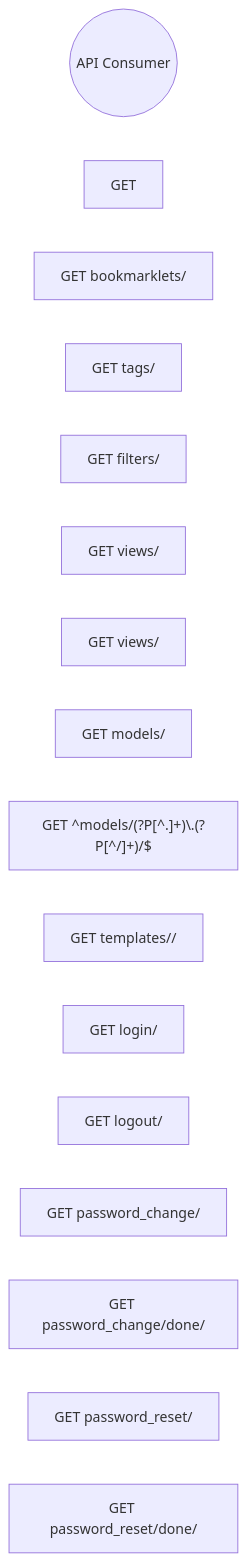
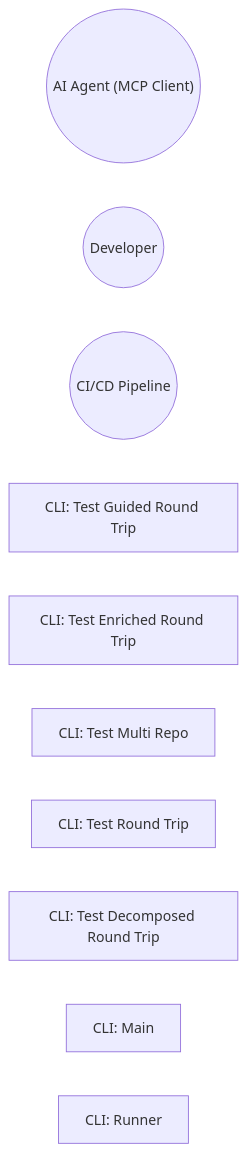
One commit to opn-arch/architecture-model-standard changed the diagram in .architecture-models/docs/se/use-cases.md. Above: the diagram before and after it, drawn with Mermaid. The commit also changed other lines of this file and 228 other files, not shown here.

First line of the commit message:
docs: regenerate all SE docs with v2.1 enriched models, remove orphaned src-* dirs

````diff
--- a/.architecture-models/docs/se/use-cases.md
+++ b/.architecture-models/docs/se/use-cases.md
@@ -147,19 +94,13 @@
 ```mermaid
 graph LR
-    ACT-1(("API Consumer"))
-    BEH-1["GET "]
-    BEH-2["GET bookmarklets/"]
-    BEH-3["GET tags/"]
-    BEH-4["GET filters/"]
-    BEH-5["GET views/"]
-    BEH-6["GET views/<view>/"]
-    BEH-7["GET models/"]
-    BEH-8["GET ^models/(?P<app_label>[^.]+)\.(?P<model_name>[^/]+)/$"]
-    BEH-9["GET templates/<path:template>/"]
-    BEH-10["GET login/"]
-    BEH-11["GET logout/"]
-    BEH-12["GET password_change/"]
-    BEH-13["GET password_change/done/"]
-    BEH-14["GET password_reset/"]
-    BEH-15["GET password_reset/done/"]
+    ACT-1(("AI Agent (MCP Client)"))
+    ACT-2(("Developer"))
+    ACT-3(("CI/CD Pipeline"))
+    BEH-19["CLI: Test Guided Round Trip"]
+    BEH-20["CLI: Test Enriched Round Trip"]
+    BEH-21["CLI: Test Multi Repo"]
+    BEH-22["CLI: Test Round Trip"]
+    BEH-23["CLI: Test Decomposed Round Trip"]
+    BEH-24["CLI: Main"]
+    BEH-25["CLI: Runner"]
 ```
````
